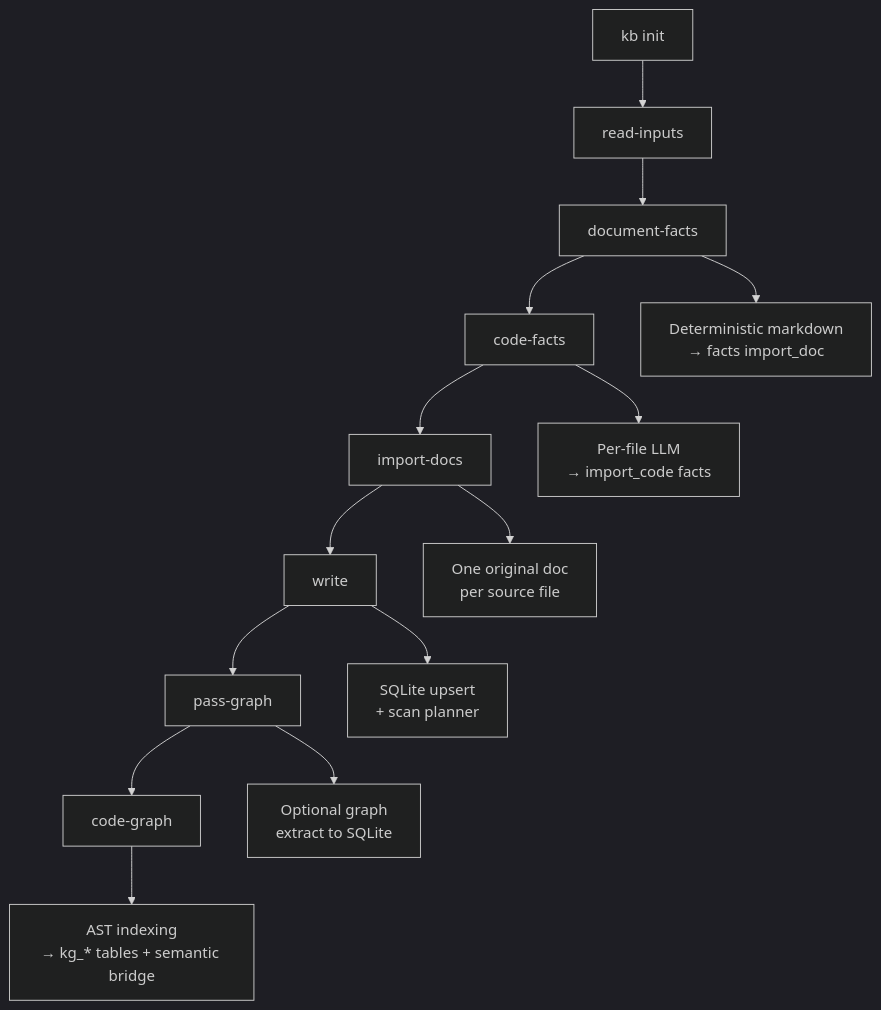
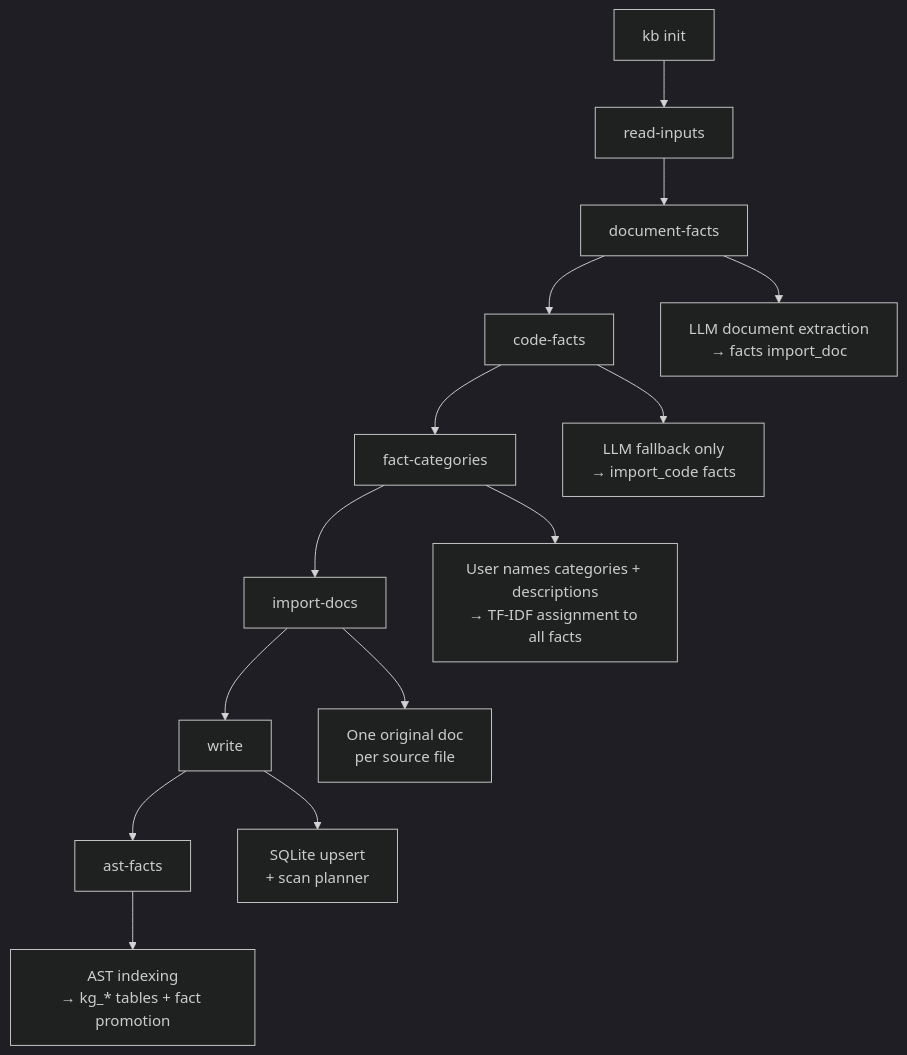
One commit to rosenjcb/kb changed the second of 2 diagrams in docs/_original_docs/src-core-init.md. Above: the diagram before and after it, drawn with Mermaid (dark theme). The commit also changed other lines of this file and 48 other files, not shown here.

````diff
--- a/docs/_original_docs/src-core-init.md
+++ b/docs/_original_docs/src-core-init.md
@@ -41,17 +43,17 @@
 ```mermaid
 flowchart TD
     A[kb init] --> R[read-inputs]
     R --> MF[document-facts]
     MF --> CF[code-facts]
-    CF --> IM[import-docs]
+    CF --> FC[fact-categories]
+    FC --> IM[import-docs]
     IM --> W[write]
-    W --> PG[pass-graph]
-    PG --> CG[code-graph]
+    W --> AF[ast-facts]
 
-    MF --> MF1["Deterministic markdown\n→ facts import_doc"]
-    CF --> CF1["Per-file LLM\n→ import_code facts"]
+    MF --> MF1["LLM document extraction\n→ facts import_doc"]
+    CF --> CF1["LLM fallback only\n→ import_code facts"]
+    FC --> FC1["User names categories + descriptions\n→ TF-IDF assignment to all facts"]
     IM --> IM1["One original doc\nper source file"]
     W --> W1["SQLite upsert\n+ scan planner"]
-    PG --> PG1["Optional graph\nextract to SQLite"]
-    CG --> CG1["AST indexing\n→ kg_* tables + semantic bridge"]
+    AF --> AF1["AST indexing\n→ kg_* tables + fact promotion"]
 ```
````
